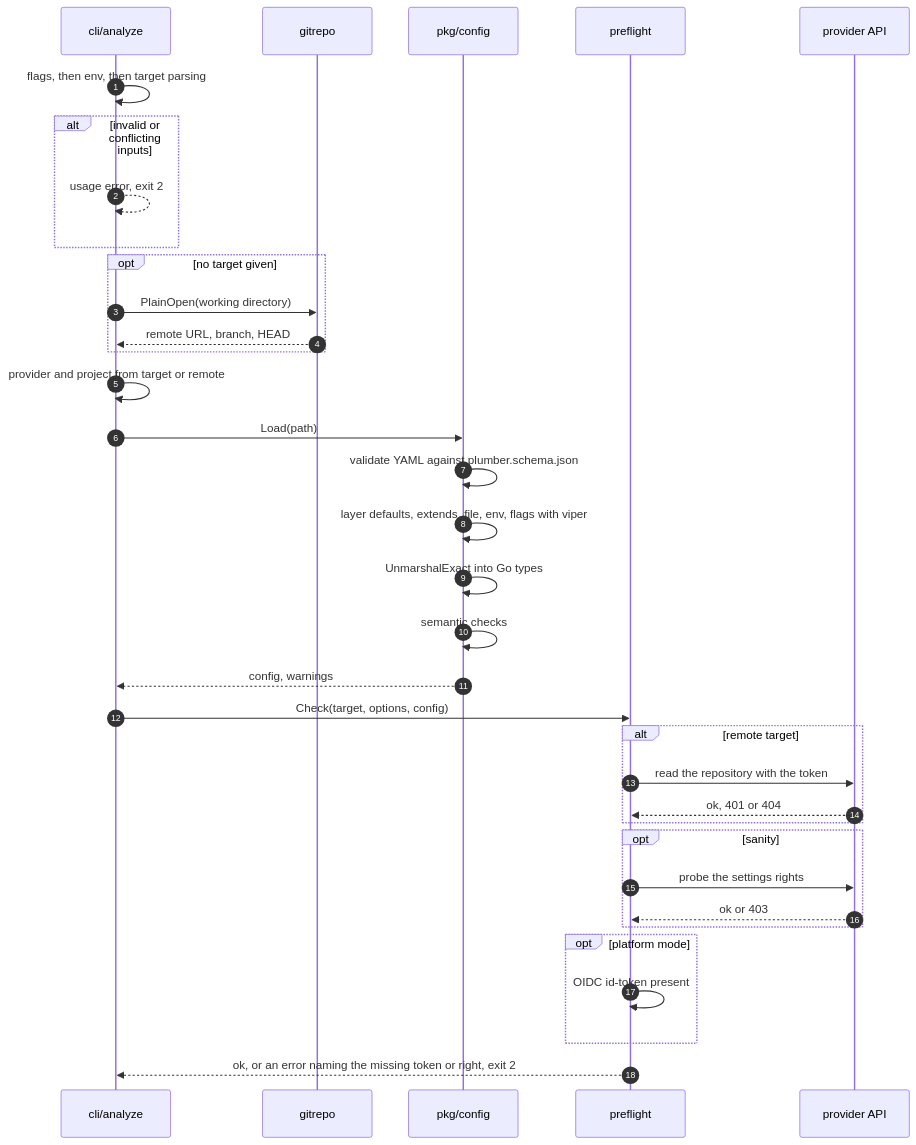
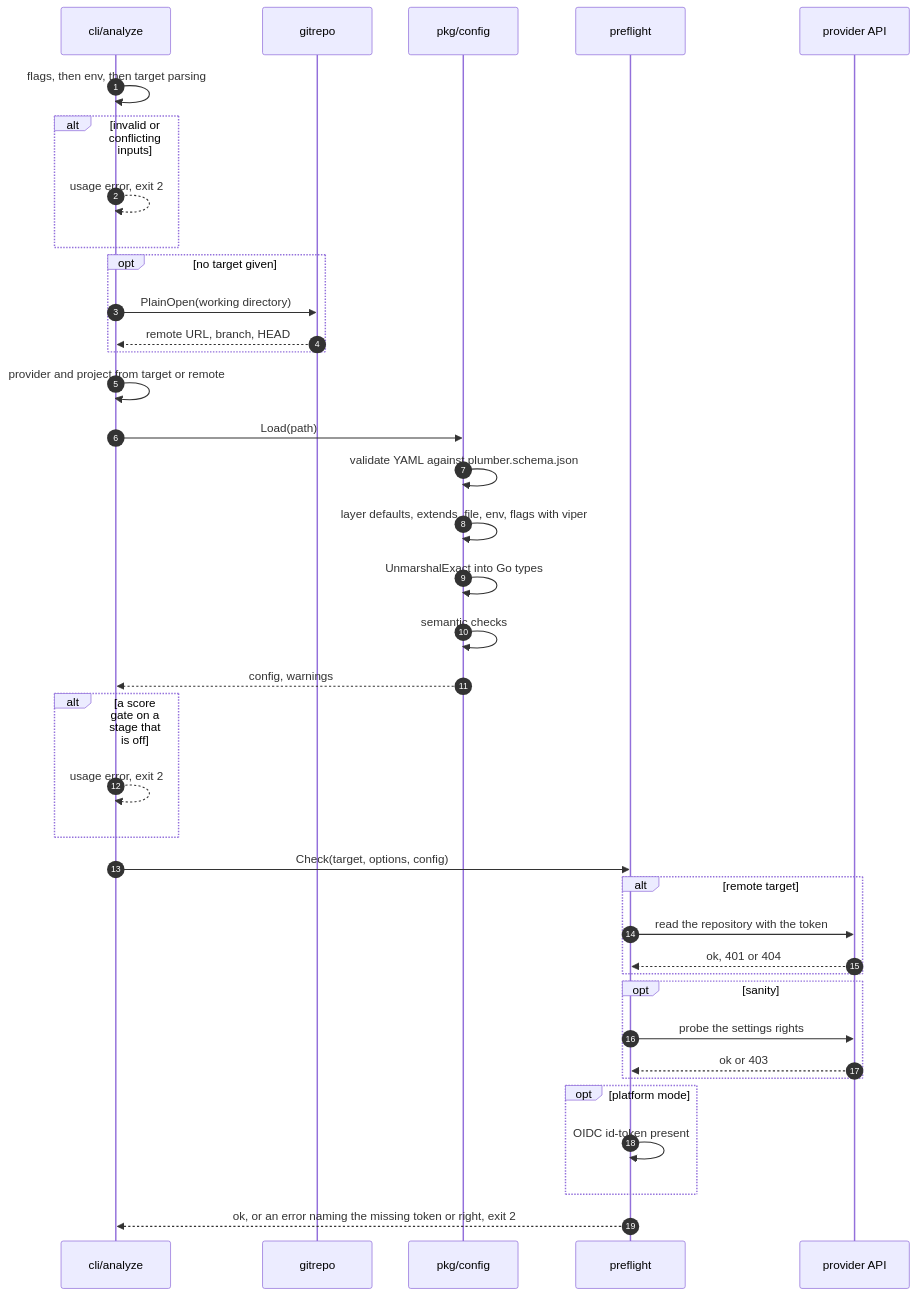
One commit to getplumber/plumber changed the second of 6 diagrams in v1/docs/analyze-flow.md. Above: the diagram before and after it, drawn with Mermaid. The commit also changed other lines of this file and 3 other files, not shown here.

````diff
--- a/v1/docs/analyze-flow.md
+++ b/v1/docs/analyze-flow.md
@@ -83,38 +92,41 @@
 ```mermaid
 sequenceDiagram
     autonumber
     participant A as cli/analyze
     participant G as gitrepo
     participant C as pkg/config
     participant PF as preflight
     participant API as provider API
 
     A->>A: flags, then env, then target parsing
     alt invalid or conflicting inputs
         A-->>A: usage error, exit 2
     end
     opt no target given
         A->>G: PlainOpen(working directory)
         G-->>A: remote URL, branch, HEAD
     end
     A->>A: provider and project from target or remote
     A->>C: Load(path)
     C->>C: validate YAML against plumber.schema.json
     C->>C: layer defaults, extends, file, env, flags with viper
     C->>C: UnmarshalExact into Go types
     C->>C: semantic checks
     C-->>A: config, warnings
+    alt a score gate on a stage that is off
+        A-->>A: usage error, exit 2
+    end
     A->>PF: Check(target, options, config)
     alt remote target
         PF->>API: read the repository with the token
         API-->>PF: ok, 401 or 404
     end
     opt sanity
         PF->>API: probe the settings rights
         API-->>PF: ok or 403
     end
     opt platform mode
         PF->>PF: OIDC id-token present
     end
     PF-->>A: ok, or an error naming the missing token or right, exit 2
 ```
````
